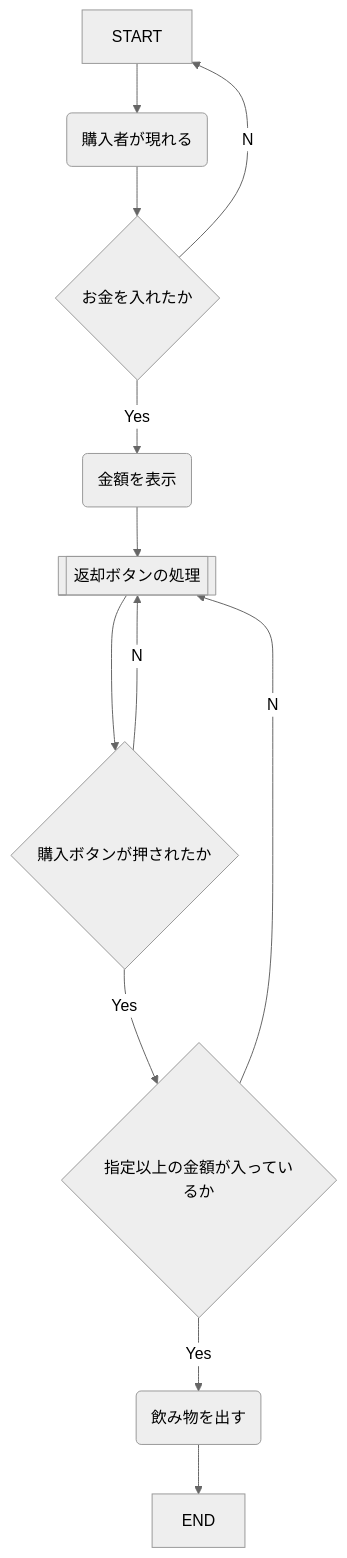
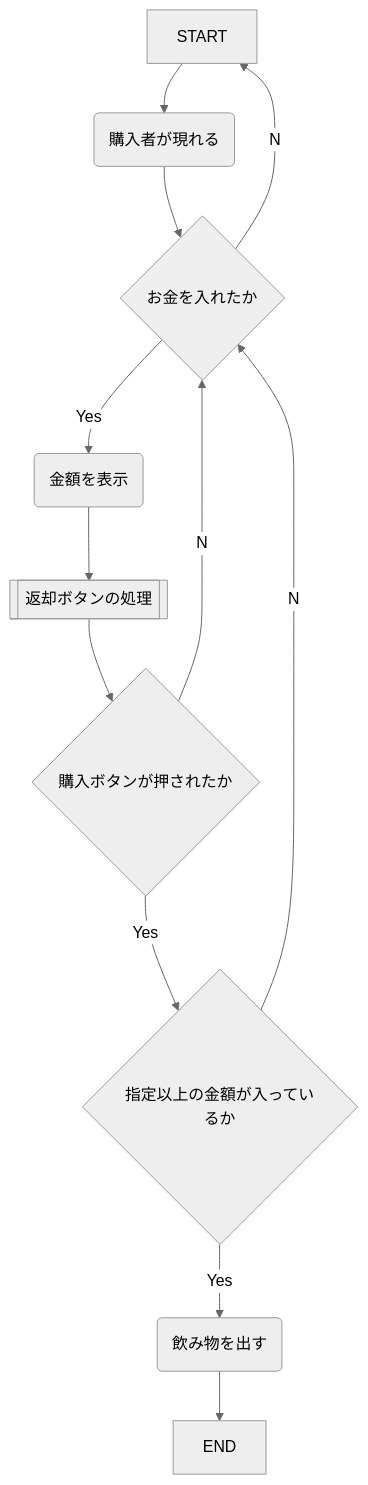
Before and after one commit to tpu-game-2022/mermaid_test: the diagram in README.md, drawn with Mermaid (neutral theme).

Commit message:
フローチャートを変更した

````diff
--- a/README.md
+++ b/README.md
@@ -20,13 +20,13 @@
 ```mermaid
 flowchart TB
   START-->A(購入者が現れる)
   A(購入者が現れる)-->B{お金を入れたか}
   B--Yes-->C(金額を表示)
   B--No-->START
   C-->H[[返却ボタンの処理]]-->E{購入ボタンが押されたか}
   E{購入ボタンが押されたか}--Yes-->F{指定以上の金額が入っているか}
-  E--No-->H[[返却ボタンの処理]]
+  E--No-->B
   F--Yes-->G(飲み物を出す)
-  F--No-->H[[返却ボタンの処理]]
+  F--No-->B
   G-->END
 ```
````
